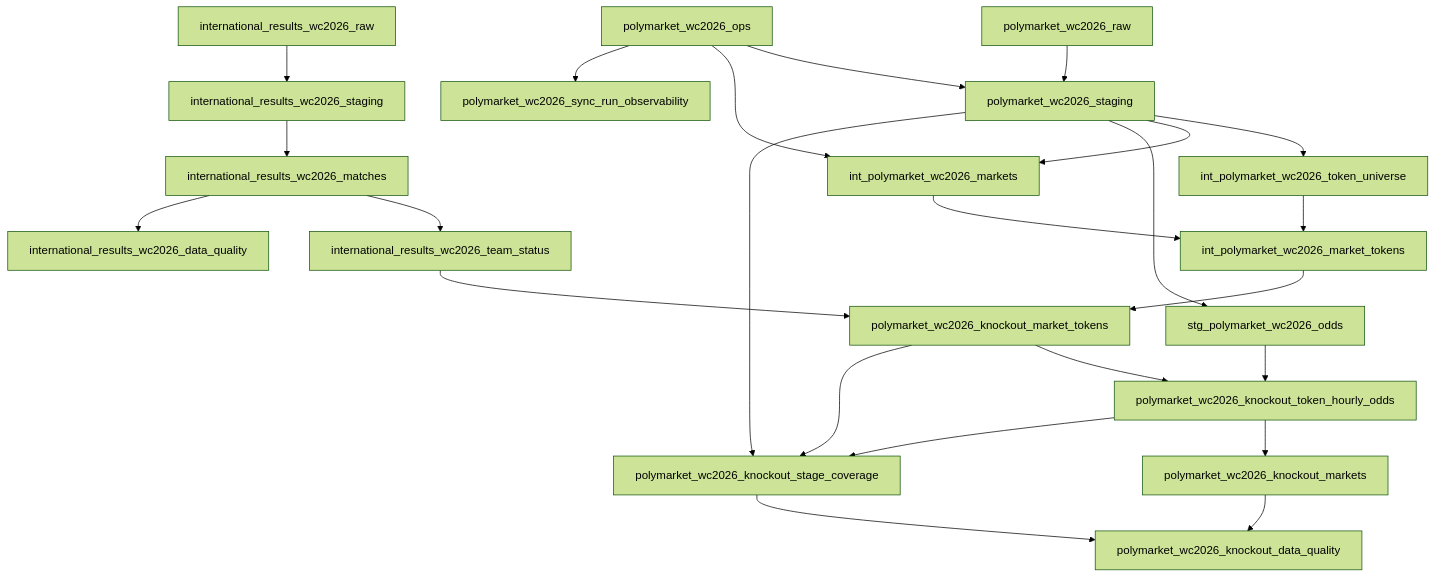
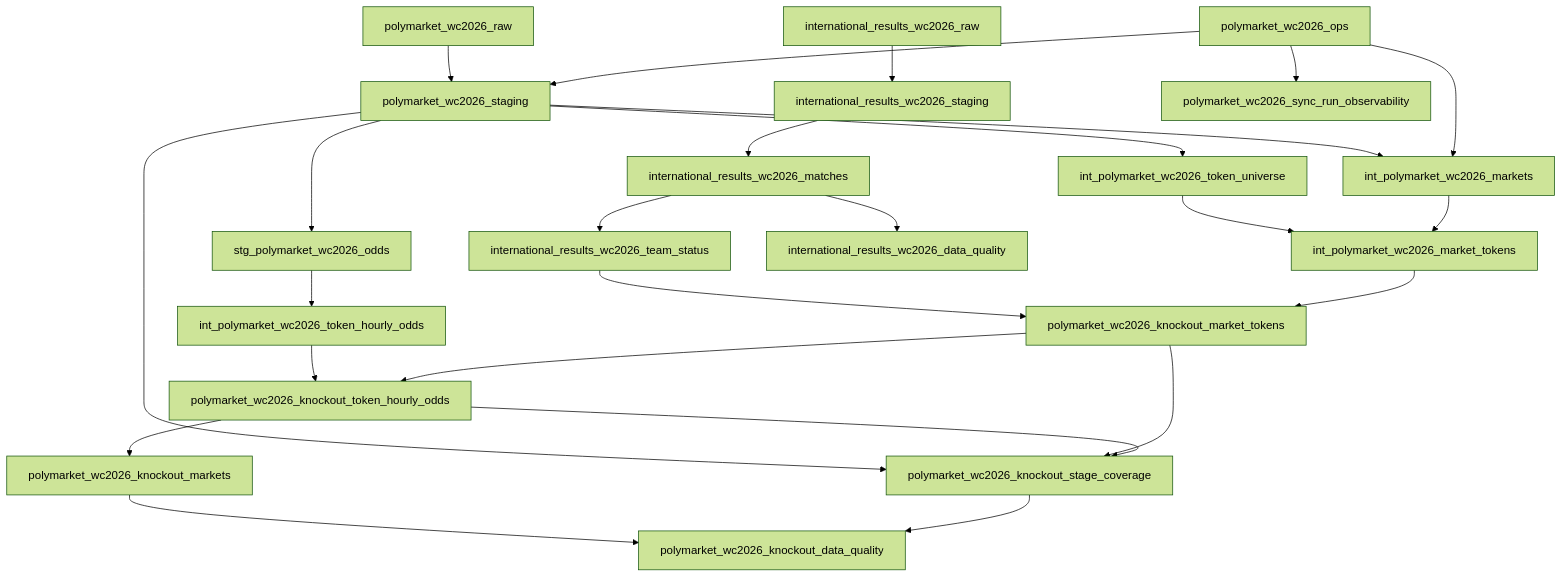
One commit to hypertrial/oddsfox-pipeline changed the second of 2 diagrams in docs/architecture.md. Above: the diagram before and after it, drawn with Mermaid (forest theme). The commit also changed 30 other files, not shown here.

Commit message:
Convert WC2026 hourly odds to incremental fact

````diff
--- a/docs/architecture.md
+++ b/docs/architecture.md
@@ -58,26 +58,27 @@
 ```mermaid
 flowchart TD
     raw["polymarket_wc2026_raw"] --> staging["polymarket_wc2026_staging"]
     results_raw["international_results_wc2026_raw"] --> results_staging["international_results_wc2026_staging"]
     results_staging --> matches["international_results_wc2026_matches"]
     matches --> team_status["international_results_wc2026_team_status"]
     ops["polymarket_wc2026_ops"] --> staging
     staging --> token_universe["int_polymarket_wc2026_token_universe"]
     staging --> wc2026_markets_int["int_polymarket_wc2026_markets"]
     staging --> odds["stg_polymarket_wc2026_odds"]
     ops --> wc2026_markets_int
     token_universe --> wc2026_tokens["int_polymarket_wc2026_market_tokens"]
     wc2026_markets_int --> wc2026_tokens
     team_status --> knockout_tokens
     wc2026_tokens --> knockout_tokens["polymarket_wc2026_knockout_market_tokens"]
+    odds --> hourly_fact["int_polymarket_wc2026_token_hourly_odds"]
+    hourly_fact --> knockout_hourly
     knockout_tokens --> knockout_hourly["polymarket_wc2026_knockout_token_hourly_odds"]
-    odds --> knockout_hourly
     knockout_hourly --> knockout_markets["polymarket_wc2026_knockout_markets"]
     staging --> stage_coverage["polymarket_wc2026_knockout_stage_coverage"]
     knockout_tokens --> stage_coverage
     knockout_hourly --> stage_coverage
     knockout_markets --> data_quality["polymarket_wc2026_knockout_data_quality"]
     stage_coverage --> data_quality
     ops --> observability["polymarket_wc2026_sync_run_observability"]
     matches --> results_dq["international_results_wc2026_data_quality"]
 ```
````
